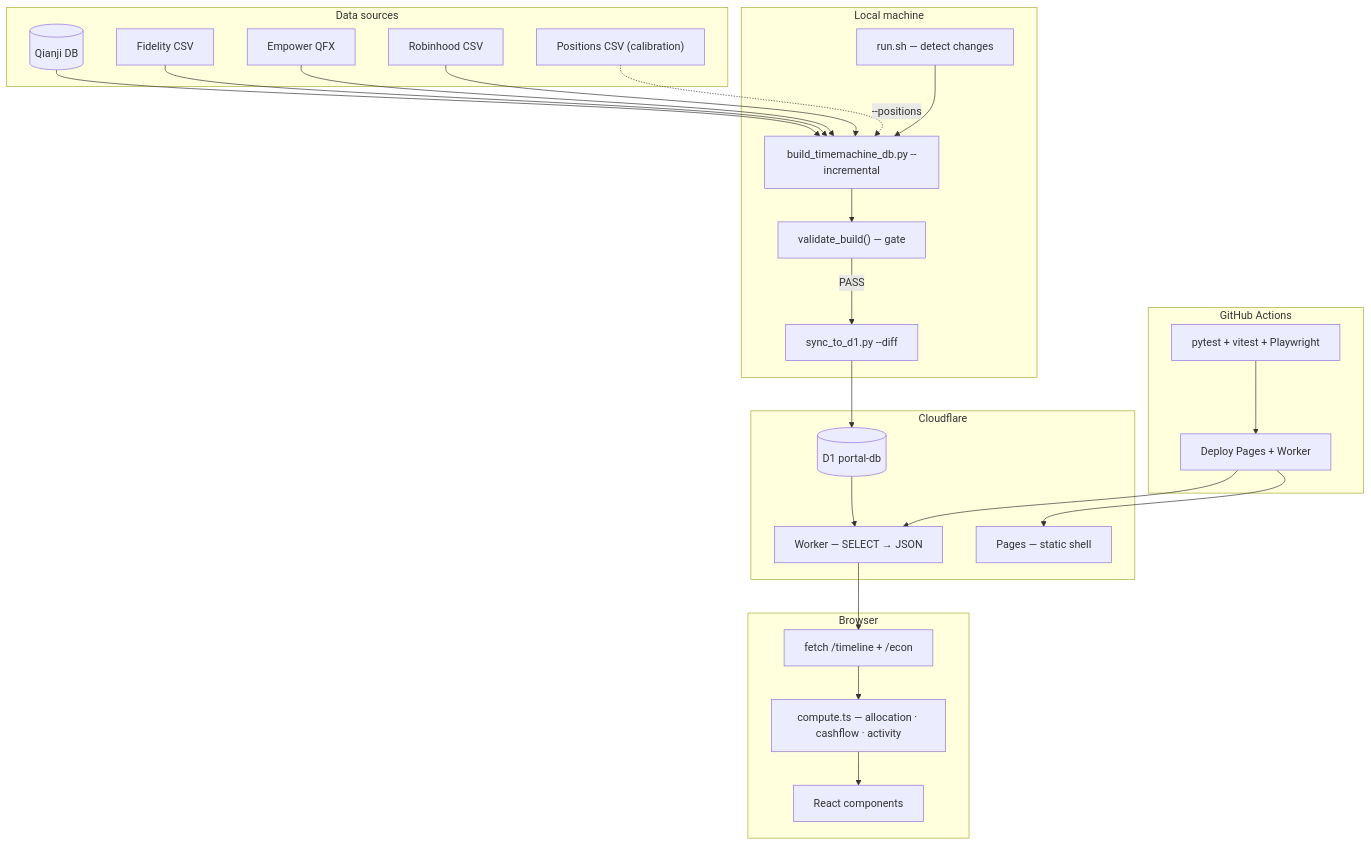
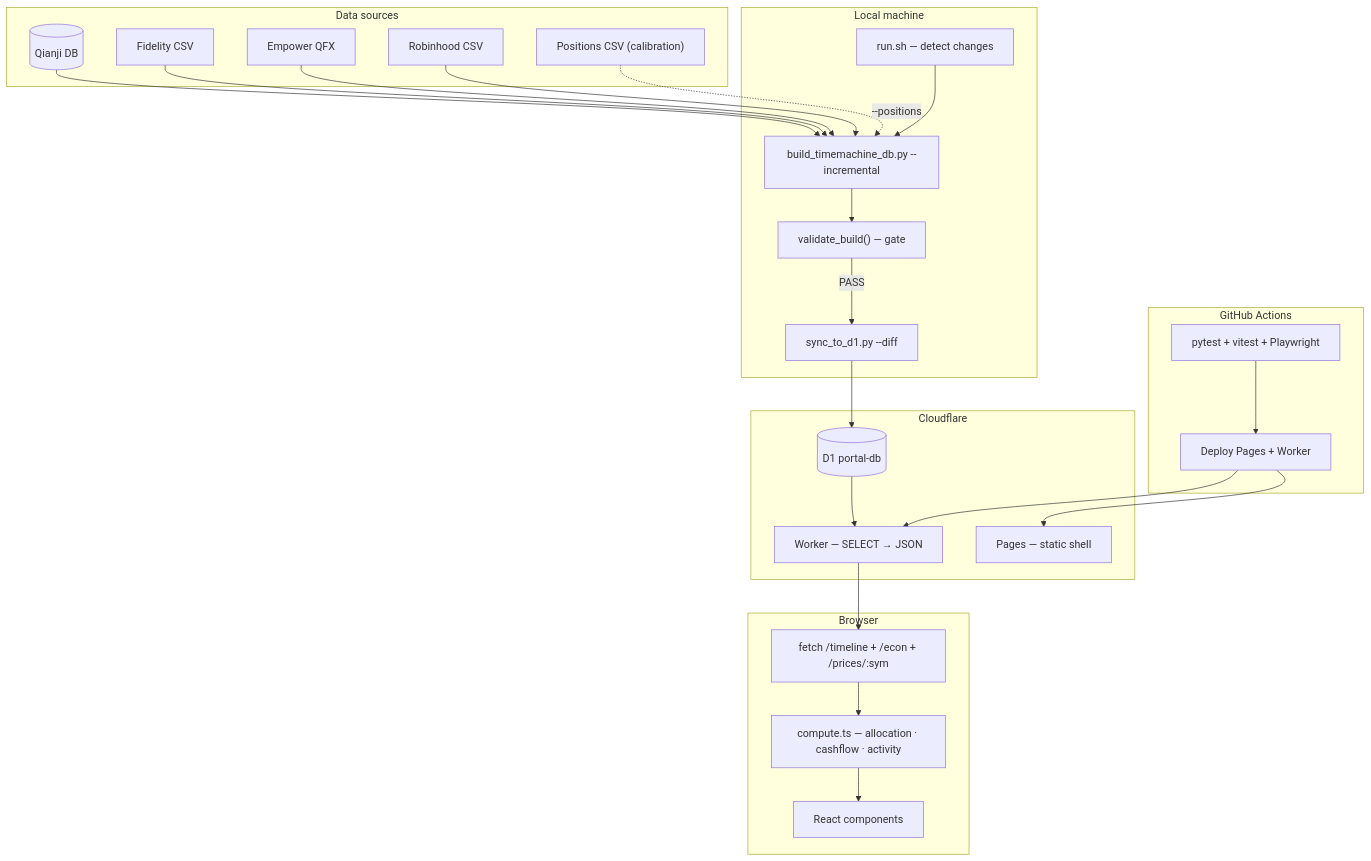
One commit to Guoyuer/portal changed the diagram in docs/ARCHITECTURE.md. Above: the diagram before and after it, drawn with Mermaid. The commit also changed other lines of this file and 4 other files, not shown here.

First line of the commit message:
docs: update all docs to reflect current architecture

````diff
--- a/docs/ARCHITECTURE.md
+++ b/docs/ARCHITECTURE.md
@@ -7,41 +7,41 @@
 ```mermaid
 graph TB
     subgraph Local["Local machine"]
         DETECT["run.sh — detect changes"]
         BUILD["build_timemachine_db.py --incremental"]
         VALIDATE["validate_build() — gate"]
         DIFF["sync_to_d1.py --diff"]
     end
 
     subgraph Sources["Data sources"]
         QJ[(Qianji DB)]
         FID[Fidelity CSV]
         QFX[Empower QFX]
         RH[Robinhood CSV]
         POS["Positions CSV (calibration)"]
     end
 
     subgraph Cloud["Cloudflare"]
         D1[(D1 portal-db)]
         WORKER["Worker — SELECT → JSON"]
         PAGES["Pages — static shell"]
     end
 
     subgraph Frontend["Browser"]
-        FETCH["fetch /timeline + /econ"]
+        FETCH["fetch /timeline + /econ + /prices/:sym"]
         COMPUTE["compute.ts — allocation · cashflow · activity"]
         UI["React components"]
     end
 
     subgraph CI["GitHub Actions"]
         TEST["pytest + vitest + Playwright"]
         DEPLOY["Deploy Pages + Worker"]
     end
 
     QJ & FID & QFX & RH --> BUILD
     POS -.->|"--positions"| BUILD
     DETECT --> BUILD --> VALIDATE
     VALIDATE -->|PASS| DIFF --> D1
     D1 --> WORKER --> FETCH --> COMPUTE --> UI
     TEST --> DEPLOY --> PAGES & WORKER
 ```
````
